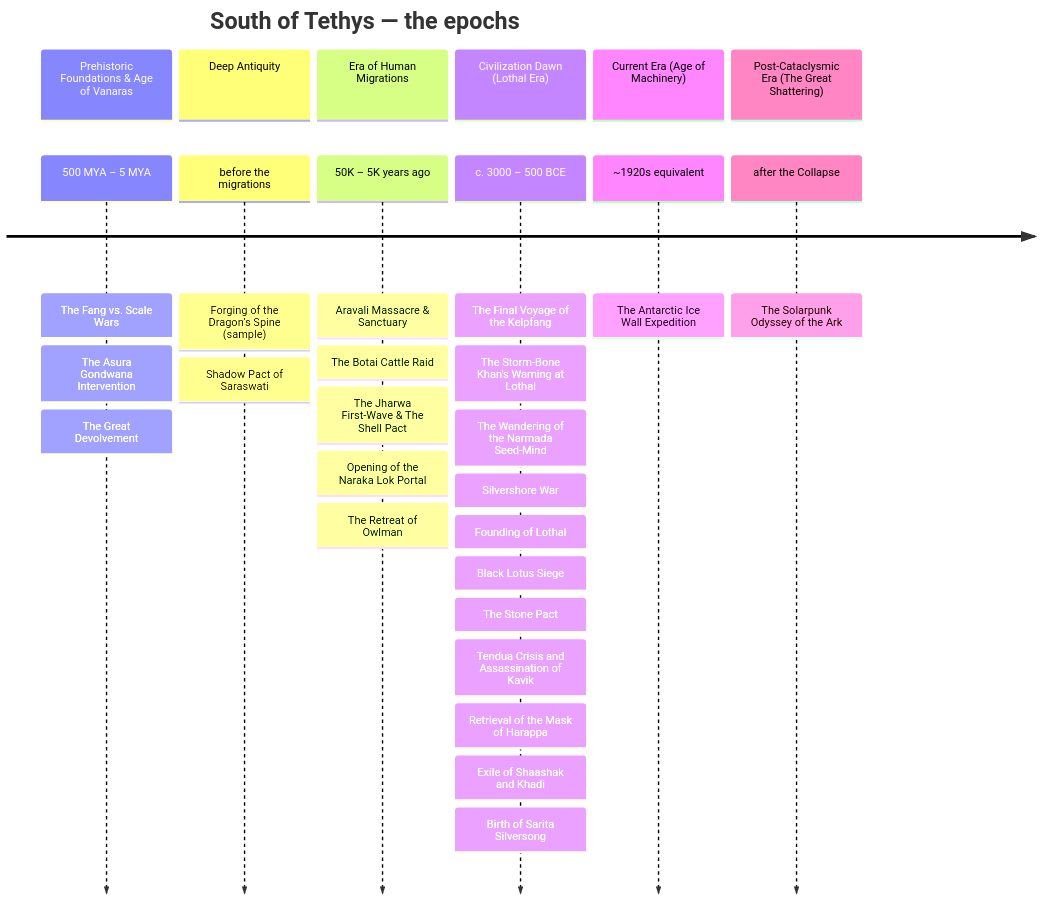
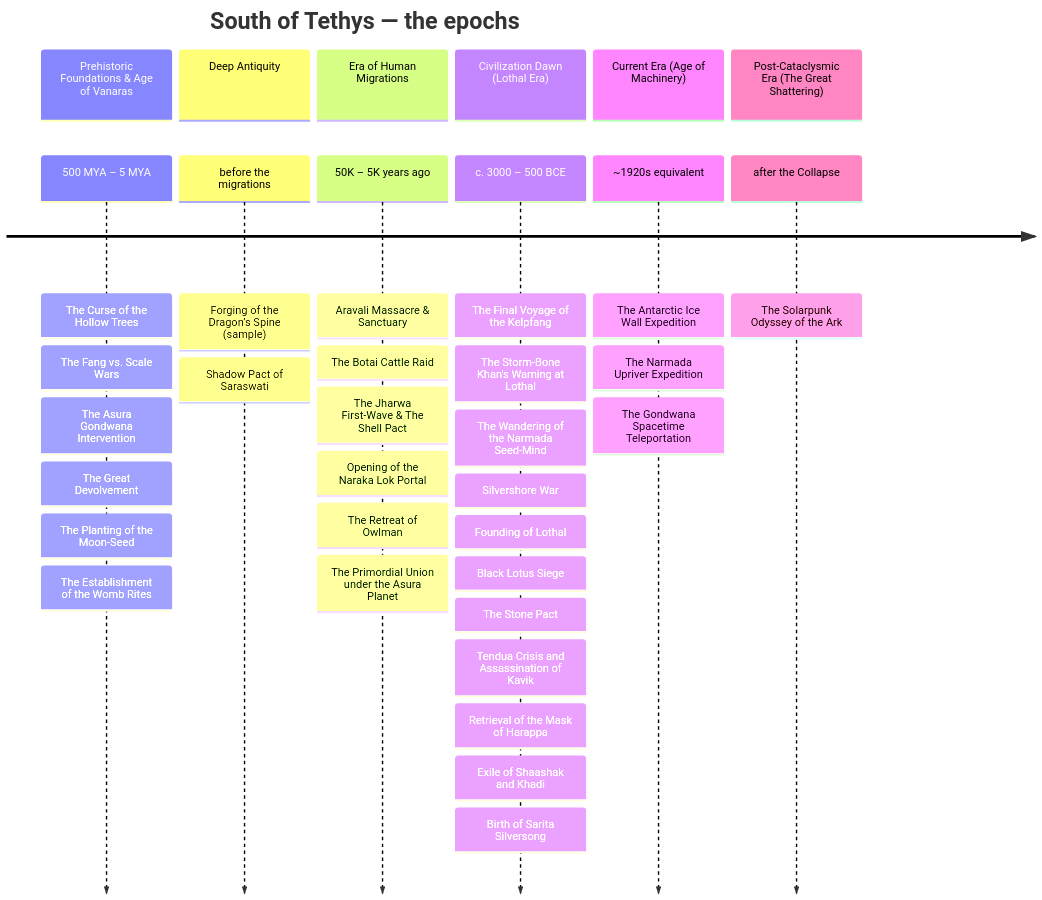
Before and after one commit to lordlebu/SouthOfTethys: the first of 2 diagrams in docs/timeline_mermaid.md, drawn with Mermaid. The commit also changed other lines of this file and 20 other files, not shown here.

````diff
--- a/docs/timeline_mermaid.md
+++ b/docs/timeline_mermaid.md
@@ -9,16 +9,16 @@
 ```mermaid
 timeline
     title South of Tethys — the epochs
     section Prehistoric Foundations & Age of Vanaras
-        500 MYA – 5 MYA : The Fang vs. Scale Wars : The Asura Gondwana Intervention : The Great Devolvement
+        500 MYA – 5 MYA : The Curse of the Hollow Trees : The Fang vs. Scale Wars : The Asura Gondwana Intervention : The Great Devolvement : The Planting of the Moon-Seed : The Establishment of the Womb Rites
     section Deep Antiquity
         before the migrations : Forging of the Dragon’s Spine (sample) : Shadow Pact of Saraswati
     section Era of Human Migrations
-        50K – 5K years ago : Aravali Massacre & Sanctuary : The Botai Cattle Raid : The Jharwa First-Wave & The Shell Pact : Opening of the Naraka Lok Portal : The Retreat of Owlman
+        50K – 5K years ago : Aravali Massacre & Sanctuary : The Botai Cattle Raid : The Jharwa First-Wave & The Shell Pact : Opening of the Naraka Lok Portal : The Retreat of Owlman : The Primordial Union under the Asura Planet
     section Civilization Dawn (Lothal Era)
         c. 3000 – 500 BCE : The Final Voyage of the Kelpfang : The Storm-Bone Khan's Warning at Lothal : The Wandering of the Narmada Seed-Mind : Silvershore War : Founding of Lothal : Black Lotus Siege : The Stone Pact : Tendua Crisis and Assassination of Kavik : Retrieval of the Mask of Harappa : Exile of Shaashak and Khadi : Birth of Sarita Silversong
     section Current Era (Age of Machinery)
-        ~1920s equivalent : The Antarctic Ice Wall Expedition
+        ~1920s equivalent : The Antarctic Ice Wall Expedition : The Narmada Upriver Expedition : The Gondwana Spacetime Teleportation
     section Post-Cataclysmic Era (The Great Shattering)
         after the Collapse : The Solarpunk Odyssey of the Ark
 ```
````
